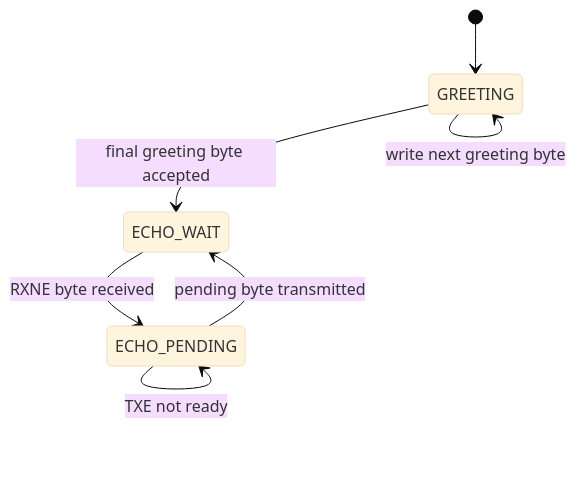
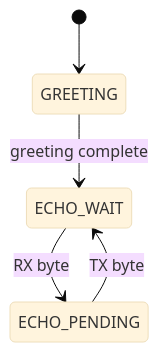
One commit to haikevins/stm32f1-register-level-baremetal changed the diagram in 03-uart-polling/README.md. Above: the diagram before and after it, drawn with Mermaid (base theme). The commit also changed other lines of this file and 16 other files, not shown here.

````diff
--- a/03-uart-polling/README.md
+++ b/03-uart-polling/README.md
@@ -66,10 +66,7 @@
 ```mermaid
 stateDiagram-v2
     [*] --> GREETING
-    GREETING --> GREETING: TXE not ready
-    GREETING --> GREETING: write next greeting byte
-    GREETING --> ECHO_WAIT: final greeting byte accepted
-    ECHO_WAIT --> ECHO_PENDING: RXNE byte received
-    ECHO_PENDING --> ECHO_PENDING: TXE not ready
-    ECHO_PENDING --> ECHO_WAIT: pending byte transmitted
+    GREETING --> ECHO_WAIT: greeting complete
+    ECHO_WAIT --> ECHO_PENDING: RX byte
+    ECHO_PENDING --> ECHO_WAIT: TX byte
 ```
````
